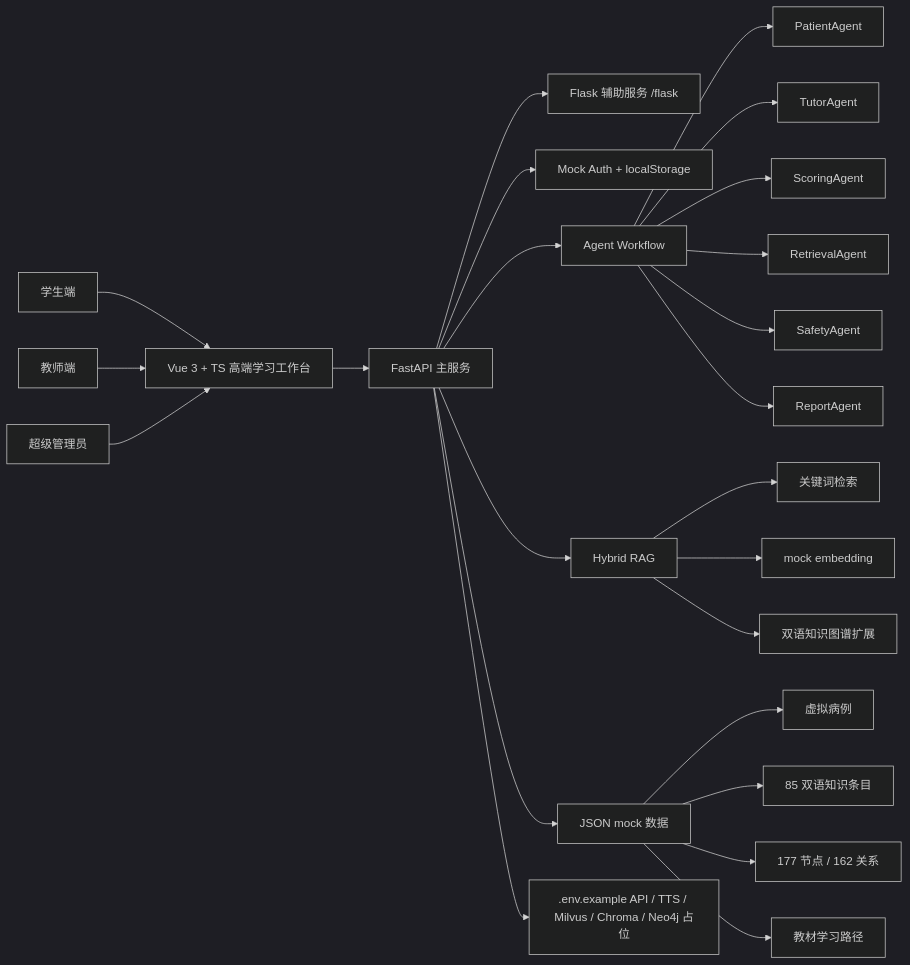
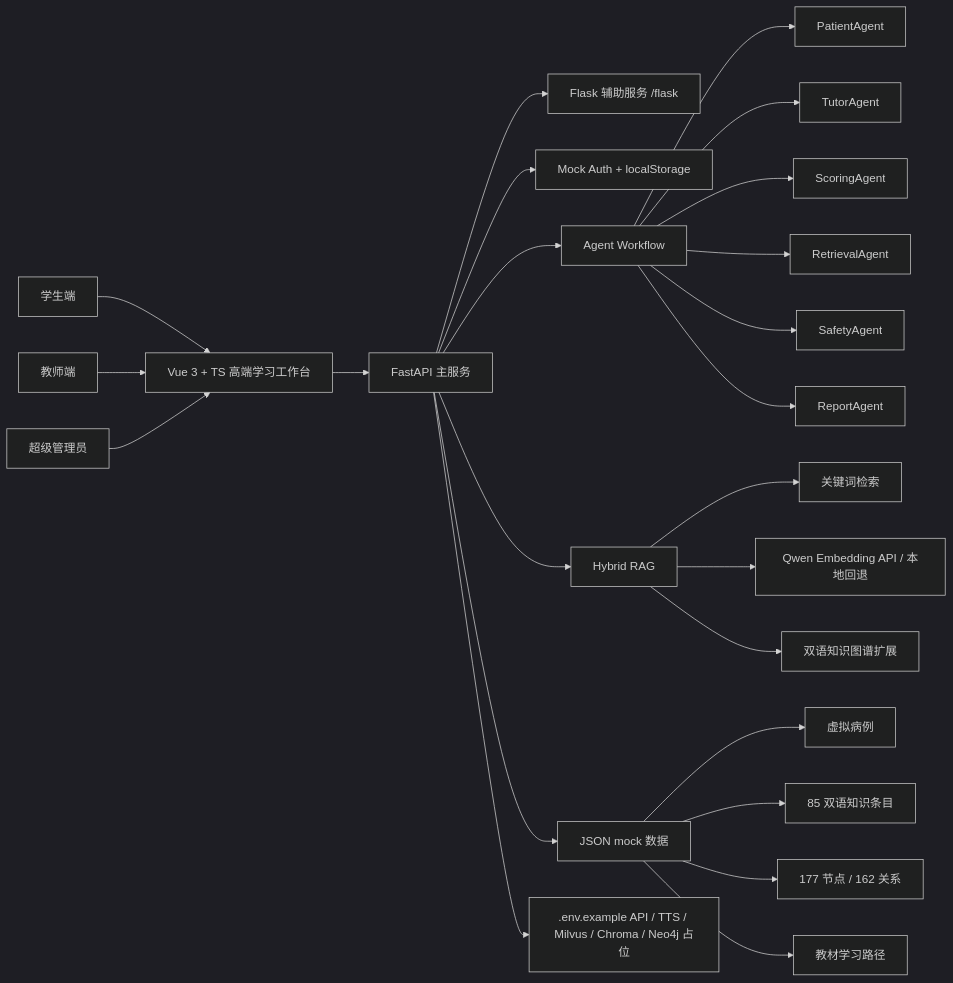
The first of 12 diagrams in readme.md (caozhisfather/medical_system), drawn with Mermaid (dark theme) before and after one commit. The commit also changed other lines of this file and 27 other files, not shown here.

````diff
--- a/readme.md
+++ b/readme.md
@@ -120,26 +120,26 @@
 ```mermaid
 flowchart LR
   Student["学生端"] --> FE["Vue 3 + TS 高端学习工作台"]
   Teacher["教师端"] --> FE
   Admin["超级管理员"] --> FE
   FE --> API["FastAPI 主服务"]
   API --> Flask["Flask 辅助服务 /flask"]
   API --> Auth["Mock Auth + localStorage"]
   API --> Agents["Agent Workflow"]
   Agents --> Patient["PatientAgent"]
   Agents --> Tutor["TutorAgent"]
   Agents --> Score["ScoringAgent"]
   Agents --> Retrieval["RetrievalAgent"]
   Agents --> Safety["SafetyAgent"]
   Agents --> Report["ReportAgent"]
   API --> RAG["Hybrid RAG"]
   RAG --> KW["关键词检索"]
-  RAG --> EMB["mock embedding"]
+  RAG --> EMB["Qwen Embedding API / 本地回退"]
   RAG --> KG["双语知识图谱扩展"]
   API --> Data["JSON mock 数据"]
   Data --> Cases["虚拟病例"]
   Data --> Know["85 双语知识条目"]
   Data --> Graph["177 节点 / 162 关系"]
   Data --> Textbooks["教材学习路径"]
   API --> Env[".env.example API / TTS / Milvus / Chroma / Neo4j 占位"]
 ```
````
